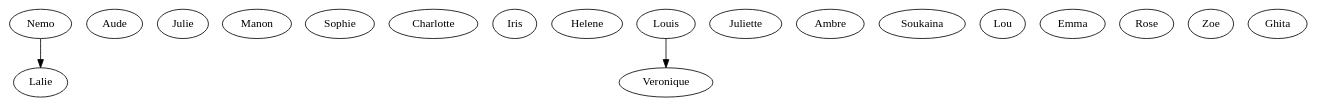
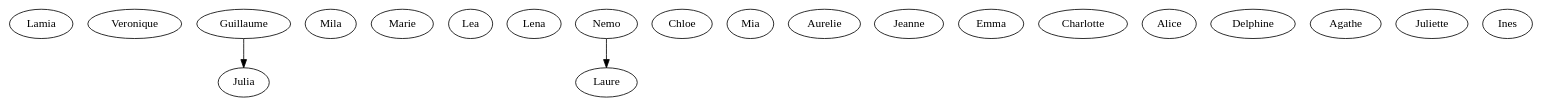
One commit to Slash-stack/Aquarium changed the diagram in output/dotFiles/round8.dot. Above: the diagram before and after it, drawn with Graphviz. The commit also changed 38 other files, not shown here.

```diff
--- a/output/dotFiles/round8.dot
+++ b/output/dotFiles/round8.dot
@@ -1,34 +1,28 @@
 strict digraph G {
+  Lamia;
+  Veronique;
+  Guillaume;
+  Mila;
+  Julia;
+  Marie;
+  Marie;
+  Lea;
+  Lena;
+  Laure;
   Nemo;
-  Lalie;
-  Aude;
-  Aude;
-  Julie;
-  Manon;
-  Sophie;
+  Chloe;
+  Mia;
+  Aurelie;
+  Jeanne;
+  Emma;
   Charlotte;
-  Iris;
-  Helene;
-  Helene;
-  Veronique;
+  Alice;
+  Delphine;
+  Agathe;
   Juliette;
-  Ambre;
-  Soukaina;
-  Soukaina;
-  Iris;
-  Louis;
-  Lou;
-  Veronique;
-  Emma;
-  Lalie;
-  Rose;
-  Zoe;
-  Aude;
-  Ghita;
-  Lalie;
-  Ambre;
-  Zoe;
-  Aude;
-  Nemo -> Lalie;
-  Louis -> Veronique;
+  Charlotte;
+  Ines;
+  Charlotte;
+  Guillaume -> Julia;
+  Nemo -> Laure;
 }
```
